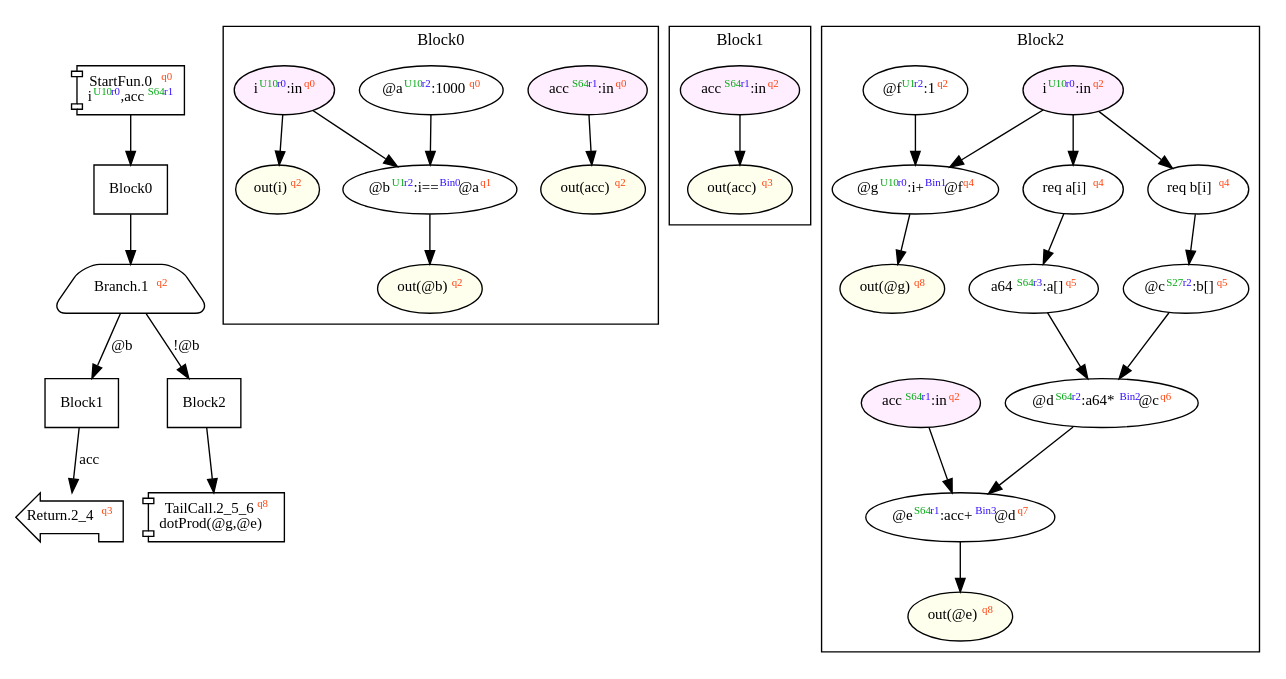
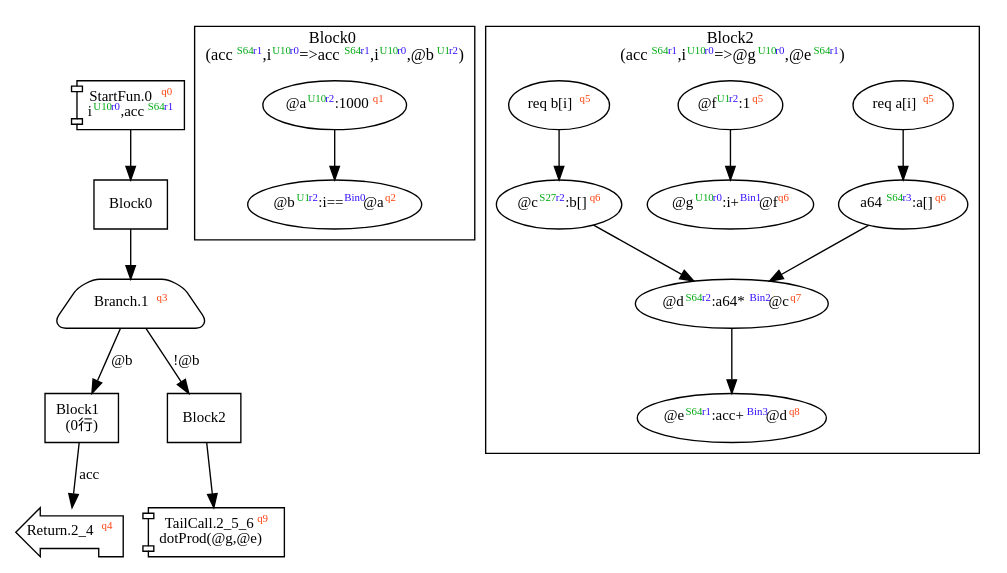
One commit to akouryy/SyntheScala changed the diagram in dist/dotProd.dot. Above: the diagram before and after it, drawn with Graphviz. The commit also changed 32 other files, not shown here.

```diff
--- a/dist/dotProd.dot
+++ b/dist/dotProd.dot
@@ -1,72 +1,46 @@
 digraph Program_ {
   graph [fontname = "Monaco", fontsize = 12, ranksep = 0.5];
   node [shape = box, fontname = "Monaco", fontsize = 11; colorscheme = pastel19];
   edge [fontname = "Monaco", fontsize = 11; colorscheme = pastel19];
   Jump0[label = <StartFun.0<font color="#ff4411" point-size="8"><sup>q0</sup></font><br/>i<font color="#00aa11" point-size="8"><sup>U10</sup></font><font color="#3311ff" point-size="8"><sup>r0</sup></font>,acc<font color="#00aa11" point-size="8"><sup>S64</sup></font><font color="#3311ff" point-size="8"><sup>r1</sup></font>>; shape = component];
   Jump0 -> Block0;
   Jump1[
-    label = <Branch.1<font color="#ff4411" point-size="8"><sup>q2</sup></font>>;
+    label = <Branch.1<font color="#ff4411" point-size="8"><sup>q3</sup></font>>;
     shape = trapezium; style = rounded;
   ];
   Block0 -> Jump1;
   Jump1 -> Block1 [label="@b"];
   Jump1 -> Block2 [label="!@b"];
-  Jump2_4[label = <Return.2_4<font color="#ff4411" point-size="8"><sup>q3</sup></font>>; shape = lpromoter];
+  Jump2_4[label = <Return.2_4<font color="#ff4411" point-size="8"><sup>q4</sup></font>>; shape = lpromoter];
   Block1 -> Jump2_4 [label="acc"];
-  Jump2_5_6[label = <TailCall.2_5_6<font color="#ff4411" point-size="8"><sup>q8</sup></font><br/>dotProd(@g,@e)>; shape = component];
+  Jump2_5_6[label = <TailCall.2_5_6<font color="#ff4411" point-size="8"><sup>q9</sup></font><br/>dotProd(@g,@e)>; shape = component];
   Block2 -> Jump2_5_6;
   Block0 [label = "Block0"];
-  Block1 [label = "Block1"];
+  Block1 [label = "Block1\l(0行)"];
   Block2 [label = "Block2"];
   subgraph cluster_dfg_Block0 {
     node [shape = oval];
-    label = "Block0";
-    0 [label=<@a<font color="#00aa11" point-size="8"><sup>U10</sup></font><font color="#3311ff" point-size="8"><sup>r2</sup></font>:1000<font color="#ff4411" point-size="8"><sup>q0</sup></font>>; ];
-    20 [label=<out(acc)<font color="#ff4411" point-size="8"><sup>q2</sup></font>>; style="filled"; fillcolor="#ffffee";];
-    1 [label=<@b<font color="#00aa11" point-size="8"><sup>U1</sup></font><font color="#3311ff" point-size="8"><sup>r2</sup></font>:i==<font color="#3311ff" point-size="8"><sup>Bin0</sup></font>@a<font color="#ff4411" point-size="8"><sup>q1</sup></font>>; ];
-    21 [label=<out(i)<font color="#ff4411" point-size="8"><sup>q2</sup></font>>; style="filled"; fillcolor="#ffffee";];
-    22 [label=<out(@b)<font color="#ff4411" point-size="8"><sup>q2</sup></font>>; style="filled"; fillcolor="#ffffee";];
-    18 [label=<acc<font color="#00aa11" point-size="8"><sup>S64</sup></font><font color="#3311ff" point-size="8"><sup>r1</sup></font>:in<font color="#ff4411" point-size="8"><sup>q0</sup></font>>; style="filled"; fillcolor="#ffeeff";];
-    19 [label=<i<font color="#00aa11" point-size="8"><sup>U10</sup></font><font color="#3311ff" point-size="8"><sup>r0</sup></font>:in<font color="#ff4411" point-size="8"><sup>q0</sup></font>>; style="filled"; fillcolor="#ffeeff";];
+    label = <Block0<br/>(acc<font color="#00aa11" point-size="8"><sup>S64</sup></font><font color="#3311ff" point-size="8"><sup>r1</sup></font>,i<font color="#00aa11" point-size="8"><sup>U10</sup></font><font color="#3311ff" point-size="8"><sup>r0</sup></font>=&gt;acc<font color="#00aa11" point-size="8"><sup>S64</sup></font><font color="#3311ff" point-size="8"><sup>r1</sup></font>,i<font color="#00aa11" point-size="8"><sup>U10</sup></font><font color="#3311ff" point-size="8"><sup>r0</sup></font>,@b<font color="#00aa11" point-size="8"><sup>U1</sup></font><font color="#3311ff" point-size="8"><sup>r2</sup></font>)>;
+    0 [label=<@a<font color="#00aa11" point-size="8"><sup>U10</sup></font><font color="#3311ff" point-size="8"><sup>r2</sup></font>:1000<font color="#ff4411" point-size="8"><sup>q1</sup></font>>];
+    1 [label=<@b<font color="#00aa11" point-size="8"><sup>U1</sup></font><font color="#3311ff" point-size="8"><sup>r2</sup></font>:i==<font color="#3311ff" point-size="8"><sup>Bin0</sup></font>@a<font color="#ff4411" point-size="8"><sup>q2</sup></font>>];
     0 -> 1;
-    1 -> 22;
-    18 -> 20;
-    19 -> 1;
-    19 -> 21;
-  }
-  subgraph cluster_dfg_Block1 {
-    node [shape = oval];
-    label = "Block1";
-    13 [label=<acc<font color="#00aa11" point-size="8"><sup>S64</sup></font><font color="#3311ff" point-size="8"><sup>r1</sup></font>:in<font color="#ff4411" point-size="8"><sup>q2</sup></font>>; style="filled"; fillcolor="#ffeeff";];
-    14 [label=<out(acc)<font color="#ff4411" point-size="8"><sup>q3</sup></font>>; style="filled"; fillcolor="#ffffee";];
-    13 -> 14;
   }
   subgraph cluster_dfg_Block2 {
     node [shape = oval];
-    label = "Block2";
-    5 [label=<@c<font color="#00aa11" point-size="8"><sup>S27</sup></font><font color="#3311ff" point-size="8"><sup>r2</sup></font>:b[]<font color="#ff4411" point-size="8"><sup>q5</sup></font>>; ];
-    24 [label=<out(@e)<font color="#ff4411" point-size="8"><sup>q8</sup></font>>; style="filled"; fillcolor="#ffffee";];
-    6 [label=<@d<font color="#00aa11" point-size="8"><sup>S64</sup></font><font color="#3311ff" point-size="8"><sup>r2</sup></font>:a64*<font color="#3311ff" point-size="8"><sup>Bin2</sup></font>@c<font color="#ff4411" point-size="8"><sup>q6</sup></font>>; ];
-    9 [label=<@g<font color="#00aa11" point-size="8"><sup>U10</sup></font><font color="#3311ff" point-size="8"><sup>r0</sup></font>:i+<font color="#3311ff" point-size="8"><sup>Bin1</sup></font>@f<font color="#ff4411" point-size="8"><sup>q4</sup></font>>; ];
-    2 [label=<req a[i]<font color="#ff4411" point-size="8"><sup>q4</sup></font>>; ];
-    7 [label=<@e<font color="#00aa11" point-size="8"><sup>S64</sup></font><font color="#3311ff" point-size="8"><sup>r1</sup></font>:acc+<font color="#3311ff" point-size="8"><sup>Bin3</sup></font>@d<font color="#ff4411" point-size="8"><sup>q7</sup></font>>; ];
-    3 [label=<a64<font color="#00aa11" point-size="8"><sup>S64</sup></font><font color="#3311ff" point-size="8"><sup>r3</sup></font>:a[]<font color="#ff4411" point-size="8"><sup>q5</sup></font>>; ];
-    16 [label=<i<font color="#00aa11" point-size="8"><sup>U10</sup></font><font color="#3311ff" point-size="8"><sup>r0</sup></font>:in<font color="#ff4411" point-size="8"><sup>q2</sup></font>>; style="filled"; fillcolor="#ffeeff";];
-    23 [label=<out(@g)<font color="#ff4411" point-size="8"><sup>q8</sup></font>>; style="filled"; fillcolor="#ffffee";];
-    8 [label=<@f<font color="#00aa11" point-size="8"><sup>U1</sup></font><font color="#3311ff" point-size="8"><sup>r2</sup></font>:1<font color="#ff4411" point-size="8"><sup>q2</sup></font>>; ];
-    4 [label=<req b[i]<font color="#ff4411" point-size="8"><sup>q4</sup></font>>; ];
-    15 [label=<acc<font color="#00aa11" point-size="8"><sup>S64</sup></font><font color="#3311ff" point-size="8"><sup>r1</sup></font>:in<font color="#ff4411" point-size="8"><sup>q2</sup></font>>; style="filled"; fillcolor="#ffeeff";];
+    label = <Block2<br/>(acc<font color="#00aa11" point-size="8"><sup>S64</sup></font><font color="#3311ff" point-size="8"><sup>r1</sup></font>,i<font color="#00aa11" point-size="8"><sup>U10</sup></font><font color="#3311ff" point-size="8"><sup>r0</sup></font>=&gt;@g<font color="#00aa11" point-size="8"><sup>U10</sup></font><font color="#3311ff" point-size="8"><sup>r0</sup></font>,@e<font color="#00aa11" point-size="8"><sup>S64</sup></font><font color="#3311ff" point-size="8"><sup>r1</sup></font>)>;
+    5 [label=<@c<font color="#00aa11" point-size="8"><sup>S27</sup></font><font color="#3311ff" point-size="8"><sup>r2</sup></font>:b[]<font color="#ff4411" point-size="8"><sup>q6</sup></font>>];
+    6 [label=<@d<font color="#00aa11" point-size="8"><sup>S64</sup></font><font color="#3311ff" point-size="8"><sup>r2</sup></font>:a64*<font color="#3311ff" point-size="8"><sup>Bin2</sup></font>@c<font color="#ff4411" point-size="8"><sup>q7</sup></font>>];
+    9 [label=<@g<font color="#00aa11" point-size="8"><sup>U10</sup></font><font color="#3311ff" point-size="8"><sup>r0</sup></font>:i+<font color="#3311ff" point-size="8"><sup>Bin1</sup></font>@f<font color="#ff4411" point-size="8"><sup>q6</sup></font>>];
+    2 [label=<req a[i]<font color="#ff4411" point-size="8"><sup>q5</sup></font>>];
+    7 [label=<@e<font color="#00aa11" point-size="8"><sup>S64</sup></font><font color="#3311ff" point-size="8"><sup>r1</sup></font>:acc+<font color="#3311ff" point-size="8"><sup>Bin3</sup></font>@d<font color="#ff4411" point-size="8"><sup>q8</sup></font>>];
+    3 [label=<a64<font color="#00aa11" point-size="8"><sup>S64</sup></font><font color="#3311ff" point-size="8"><sup>r3</sup></font>:a[]<font color="#ff4411" point-size="8"><sup>q6</sup></font>>];
+    8 [label=<@f<font color="#00aa11" point-size="8"><sup>U1</sup></font><font color="#3311ff" point-size="8"><sup>r2</sup></font>:1<font color="#ff4411" point-size="8"><sup>q5</sup></font>>];
+    4 [label=<req b[i]<font color="#ff4411" point-size="8"><sup>q5</sup></font>>];
     3 -> 6;
     5 -> 6;
     6 -> 7;
-    7 -> 24;
     8 -> 9;
-    9 -> 23;
-    15 -> 7;
-    16 -> 2;
-    16 -> 4;
-    16 -> 9;
     2 -> 3 [style = solid];
     4 -> 5 [style = solid];
   }
 }
```
